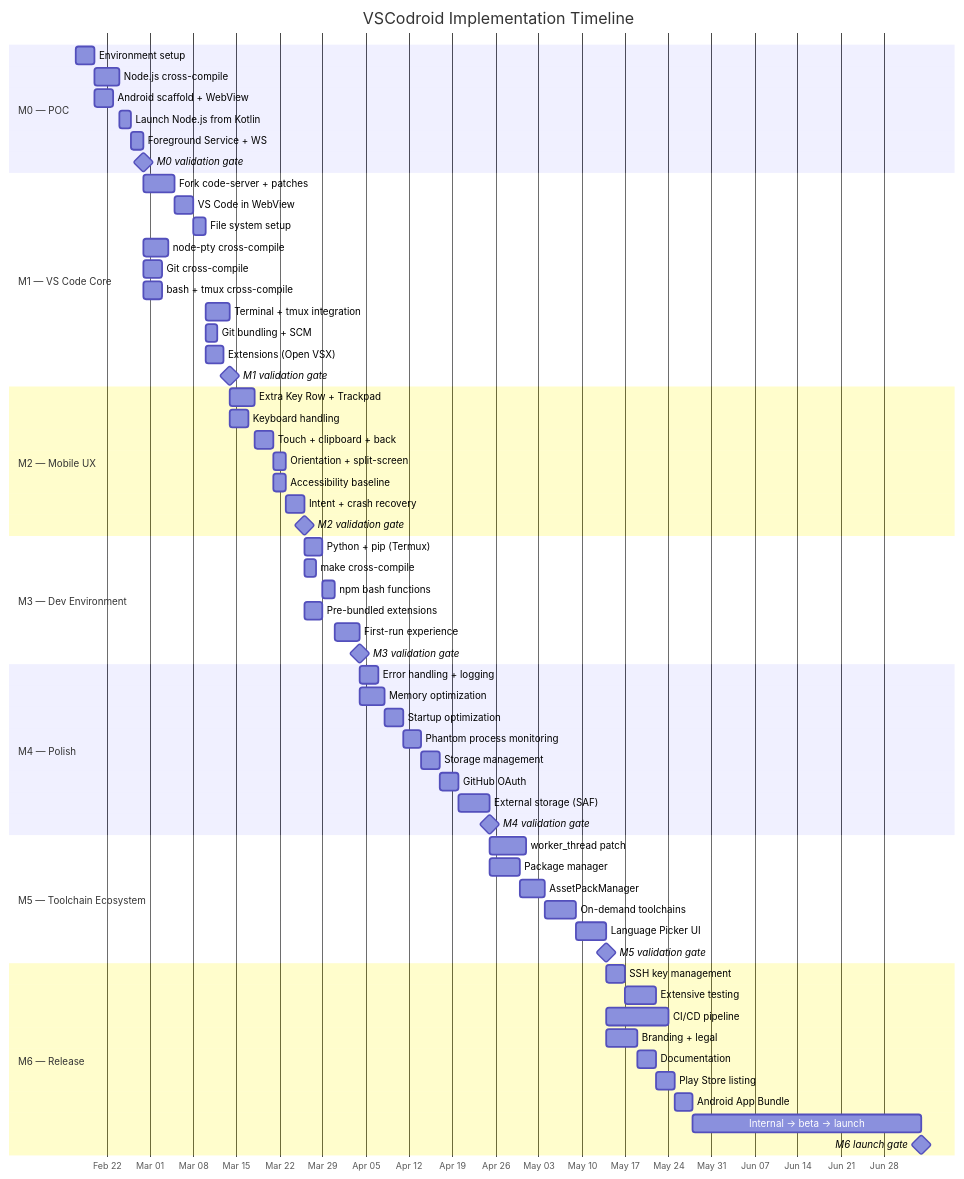
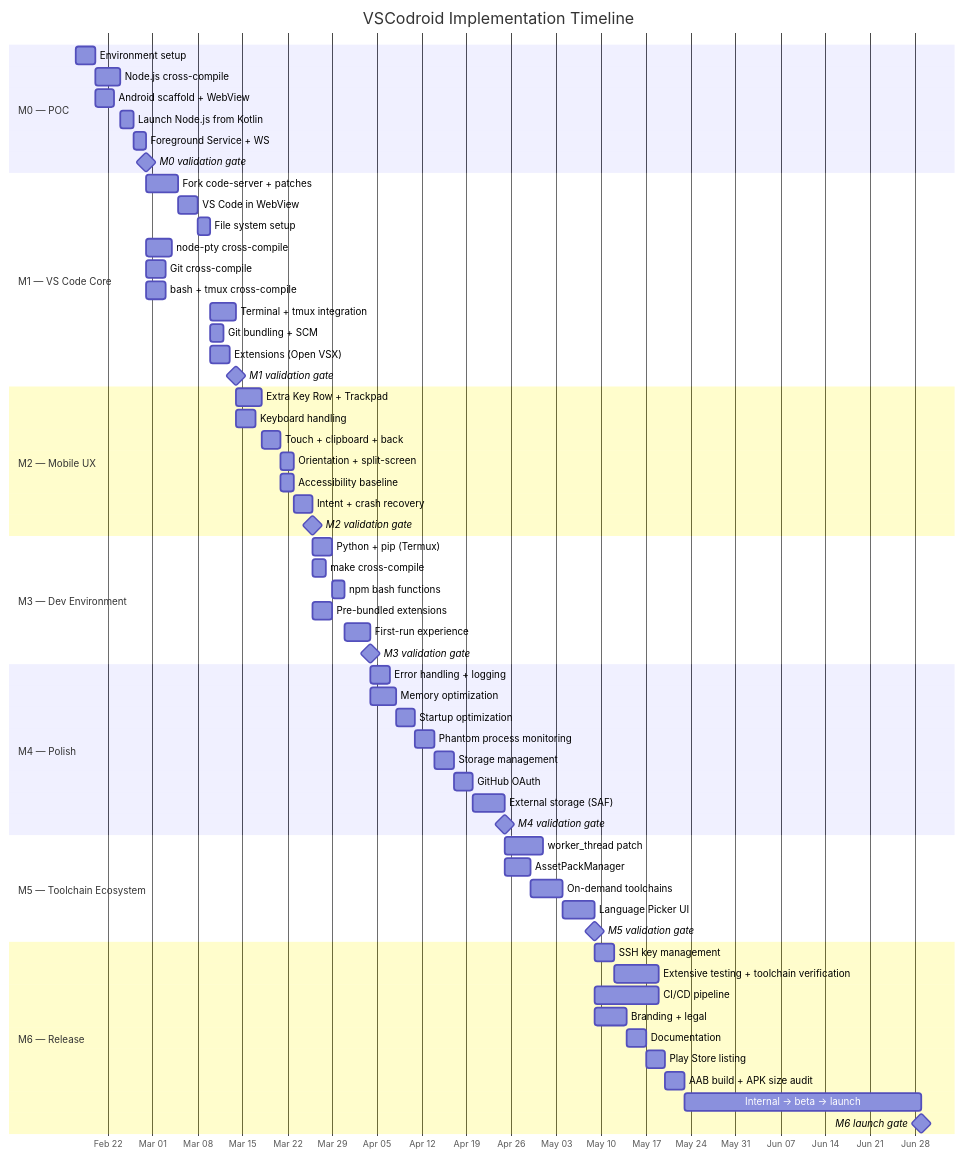
Before and after one commit to rmyndharis/VSCodroid: the first of 9 diagrams in docs/12-IMPLEMENTATION_PLAN.md, drawn with Mermaid. The commit also changed other lines of this file and 1 other file, not shown here.

First line of the commit message:
docs: align M5/M6 milestones — move device testing & APK audit to M6

````diff
--- a/docs/12-IMPLEMENTATION_PLAN.md
+++ b/docs/12-IMPLEMENTATION_PLAN.md
@@ -25,72 +25,71 @@
 ```mermaid
 gantt
   title VSCodroid Implementation Timeline
   dateFormat YYYY-MM-DD
   axisFormat %b %d
 
   section M0 — POC
     Environment setup           :m0a, 2026-02-17, 3d
     Node.js cross-compile       :m0b, after m0a, 4d
     Android scaffold + WebView  :m0c, after m0a, 3d
     Launch Node.js from Kotlin  :m0d, after m0b m0c, 2d
     Foreground Service + WS     :m0e, after m0d, 2d
     M0 validation gate          :milestone, m0gate, after m0e, 0d
 
   section M1 — VS Code Core
     Fork code-server + patches  :m1a, after m0gate, 5d
     VS Code in WebView          :m1b, after m1a, 3d
     File system setup           :m1c2, after m1b, 2d
     node-pty cross-compile      :m1c, after m0gate, 4d
     Git cross-compile           :m1d, after m0gate, 3d
     bash + tmux cross-compile   :m1e, after m0gate, 3d
     Terminal + tmux integration :m1f, after m1c2 m1c m1e, 4d
     Git bundling + SCM          :m1g, after m1c2 m1d, 2d
     Extensions (Open VSX)       :m1h, after m1c2, 3d
     M1 validation gate          :milestone, m1gate, after m1f m1g m1h, 0d
 
   section M2 — Mobile UX
     Extra Key Row + Trackpad    :m2a, after m1gate, 4d
     Keyboard handling           :m2b, after m1gate, 3d
     Touch + clipboard + back    :m2c, after m2a m2b, 3d
     Orientation + split-screen  :m2d, after m2c, 2d
     Accessibility baseline      :m2e, after m2c, 2d
     Intent + crash recovery     :m2f, after m2d m2e, 3d
     M2 validation gate          :milestone, m2gate, after m2f, 0d
 
   section M3 — Dev Environment
     Python + pip (Termux)       :m3a, after m2gate, 3d
     make cross-compile          :m3b, after m2gate, 2d
     npm bash functions          :m3c, after m3a m3b, 2d
     Pre-bundled extensions      :m3d, after m2gate, 3d
     First-run experience        :m3e, after m3c m3d, 4d
     M3 validation gate          :milestone, m3gate, after m3e, 0d
 
   section M4 — Polish
     Error handling + logging    :m4a, after m3gate, 3d
     Memory optimization         :m4b, after m3gate, 4d
     Startup optimization        :m4c, after m4a m4b, 3d
     Phantom process monitoring  :m4d, after m4c, 3d
     Storage management          :m4e, after m4d, 3d
     GitHub OAuth                :m4f, after m4e, 3d
     External storage (SAF)      :m4g, after m4f, 5d
     M4 validation gate          :milestone, m4gate, after m4g, 0d
 
   section M5 — Toolchain Ecosystem
     worker_thread patch         :m5a, after m4gate, 6d
-    Package manager             :m5b, after m4gate, 5d
-    AssetPackManager            :m5c, after m5b, 4d
-    On-demand toolchains        :m5d, after m5c, 5d
-    Language Picker UI          :m5e, after m5d, 5d
-    M5 validation gate          :milestone, m5gate, after m5a m5e, 0d
+    AssetPackManager            :m5b, after m4gate, 4d
+    On-demand toolchains        :m5c, after m5b, 5d
+    Language Picker UI          :m5d, after m5c, 5d
+    M5 validation gate          :milestone, m5gate, after m5a m5d, 0d
 
   section M6 — Release
     SSH key management          :m6a, after m5gate, 3d
-    Extensive testing           :m6b, after m6a, 5d
+    Extensive testing + toolchain verification :m6b, after m6a, 7d
     CI/CD pipeline              :m6c, after m5gate, 10d
     Branding + legal            :m6d, after m5gate, 5d
     Documentation               :m6e, after m6d, 3d
     Play Store listing          :m6f, after m6d m6e, 3d
-    Android App Bundle          :m6g, after m6b m6c m6f, 3d
+    AAB build + APK size audit  :m6g, after m6b m6c m6f, 3d
     Internal → beta → launch   :m6h, after m6g, 37d
     M6 launch gate              :milestone, m6gate, after m6h, 0d
 ```
````
